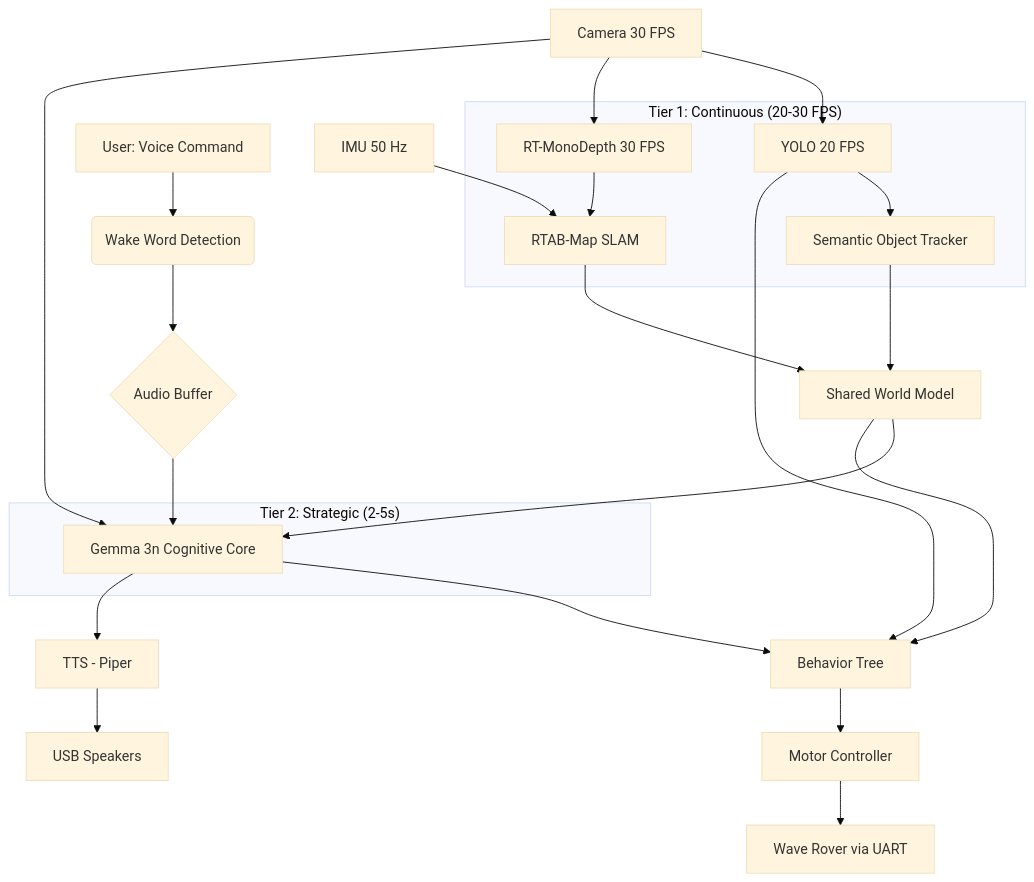
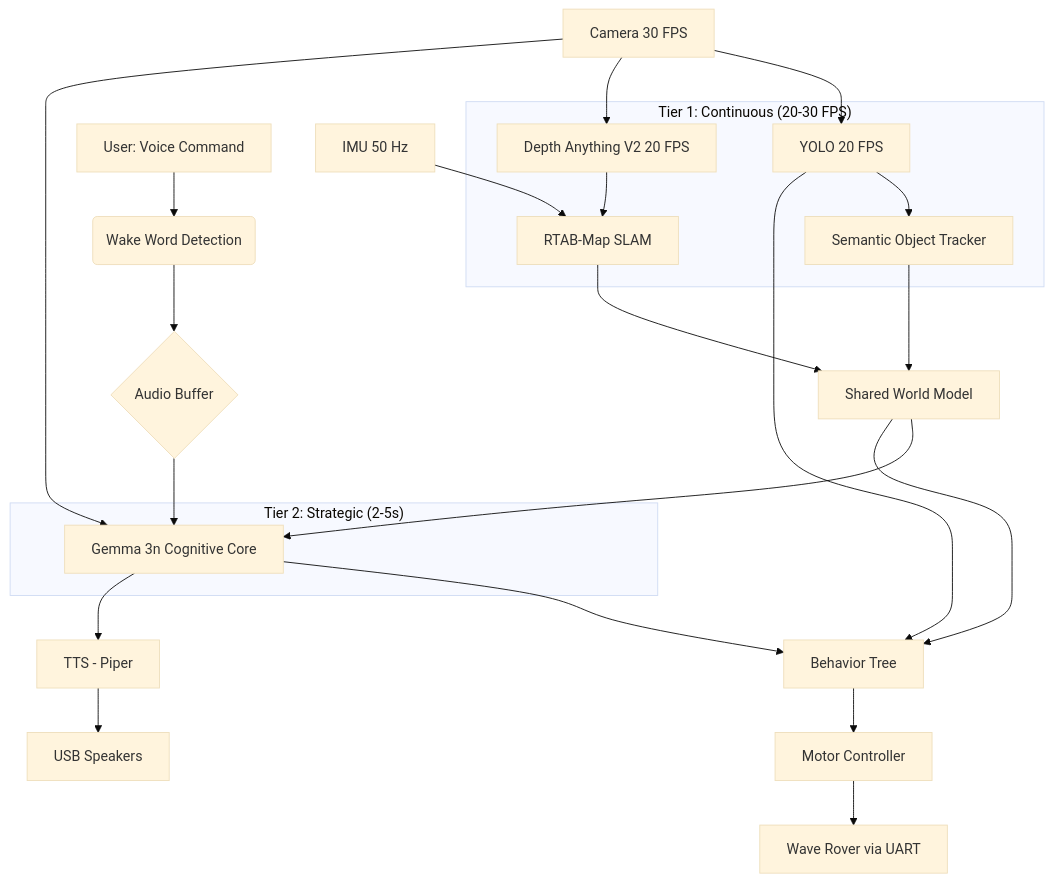
The diagram in docs/architecture.md (ImanolGo/local-ai-robot-assistant), drawn with Mermaid (base theme) before and after one commit. The commit also changed other lines of this file and 1 other file, not shown here.

Commit message:
CHanged depth model to Depth-Anything-V2-Small-hf

````diff
--- a/docs/architecture.md
+++ b/docs/architecture.md
@@ -50,39 +50,39 @@
 ```mermaid
 graph TD
     A[User: Voice Command] --> B(Wake Word Detection)
     B --> C{Audio Buffer}
     C --> D[Gemma 3n Cognitive Core]
 
     E[Camera 30 FPS] --> F[YOLO 20 FPS]
-    E --> G[RT-MonoDepth 30 FPS]
+    E --> G[Depth Anything V2 20 FPS]
     F --> H[Semantic Object Tracker]
     G --> I[RTAB-Map SLAM]
     J[IMU 50 Hz] --> I
 
     H --> K[Shared World Model]
     I --> K
 
     K --> D
     E --> D
 
     D --> L[Behavior Tree]
     F --> L
     K --> L
 
     L --> M[Motor Controller]
     M --> N[Wave Rover via UART]
 
     D --> O[TTS - Piper]
     O --> P[USB Speakers]
 
     subgraph "Tier 1: Continuous (20-30 FPS)"
         F
         G
         H
         I
     end
 
     subgraph "Tier 2: Strategic (2-5s)"
         D
     end
 ```
````
